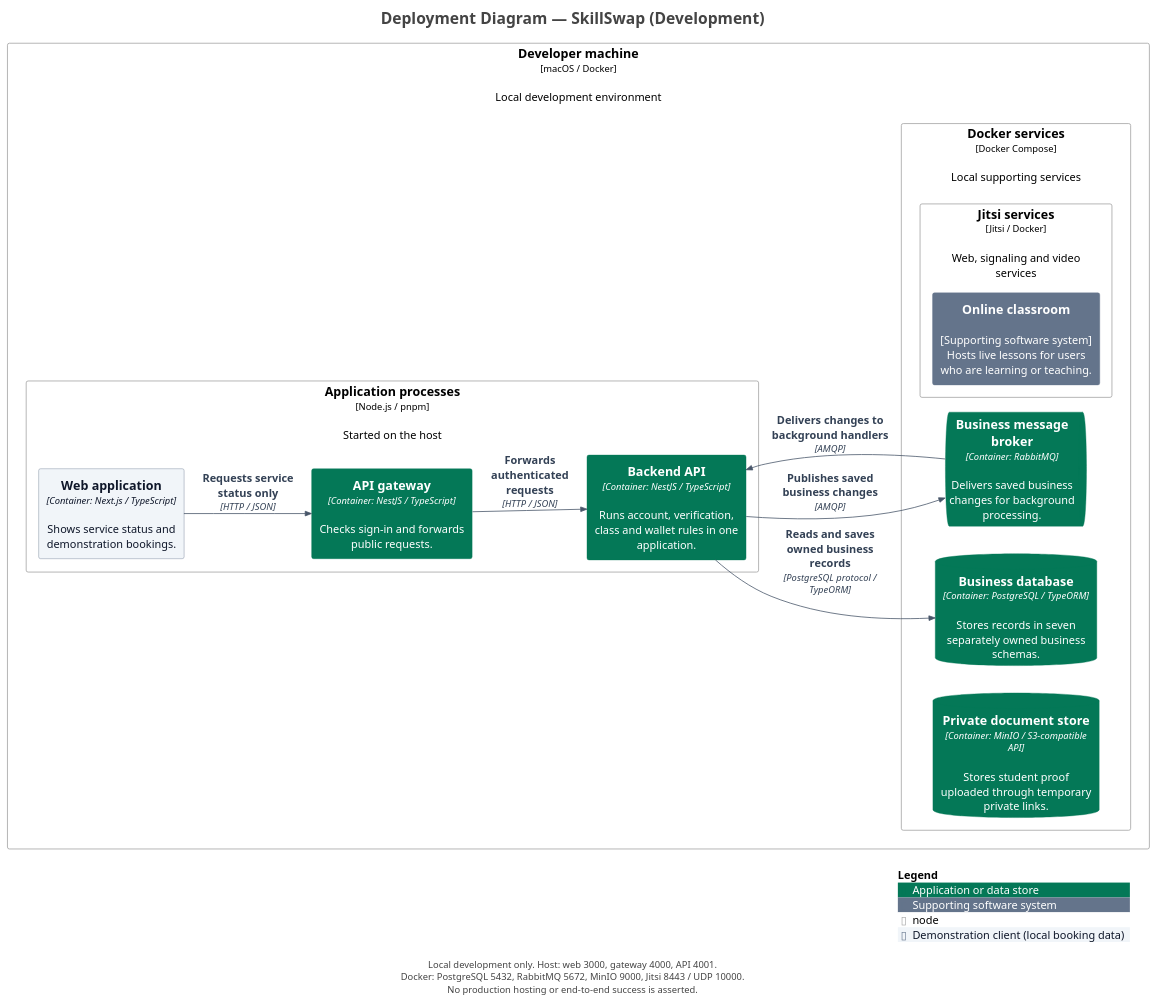
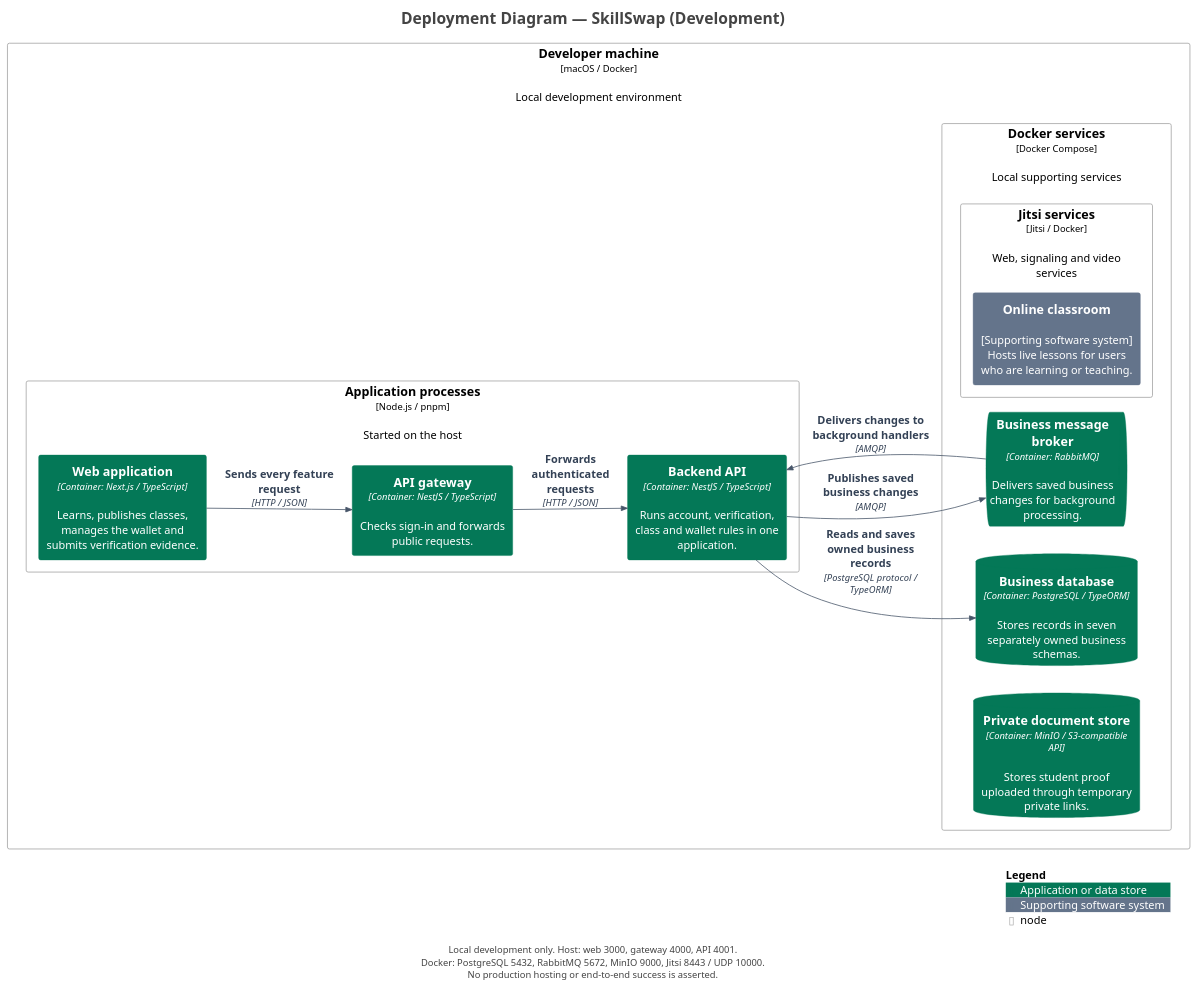
Before and after one commit to trankien022/SkillSwap: the diagram in docs/diagrams/c4/source/structurizr-Deployment.puml, drawn with PlantUML. The commit also changed 165 other files, not shown here.

First line of the commit message:
feat: midterm presentation readiness — fix both Expo Web blockers, close client parity gaps (#84)

```diff
--- a/docs/diagrams/c4/source/structurizr-Deployment.puml
+++ b/docs/diagrams/c4/source/structurizr-Deployment.puml
@@ -1,61 +1,60 @@
 @startuml
 title Deployment Diagram — SkillSwap (Development)
 
 set separator none
 left to right direction
 
 <style>
   root {
     BackgroundColor: #ffffff
     FontColor: #444444
   }
 </style>
 
 !include <C4/C4>
 !include <C4/C4_Context>
 !include <C4/C4_Container>
 !include <C4/C4_Deployment>
 
 ' Presentation only: model elements and relationships come from workspace.dsl.
 skinparam defaultFontName Arial
 skinparam defaultFontSize 14
 skinparam shadowing false
 skinparam nodesep 35
 skinparam ranksep 45
 skinparam footerFontSize 12
 skinparam titleFontSize 20
 UpdateElementStyle("person", $bgColor="#0F172A", $fontColor="#FFFFFF", $borderColor="#0F172A", $legendText="Person")
 UpdateElementStyle("system", $bgColor="#047857", $fontColor="#FFFFFF", $borderColor="#047857", $legendText="Software system in scope")
 UpdateElementStyle("external_system", $bgColor="#64748B", $fontColor="#FFFFFF", $borderColor="#64748B", $legendText="Supporting software system")
 UpdateElementStyle("container", $bgColor="#047857", $fontColor="#FFFFFF", $borderColor="#047857", $legendText="Application or data store")
 UpdateRelStyle($lineColor="#475569", $textColor="#334155")
-AddElementTag("Demo", $bgColor="#F1F5F9", $fontColor="#0F172A", $borderColor="#64748B", $legendText="Demonstration client (local booking data)")
 
 Deployment_Node(Development.Developermachine, "Developer machine", $type="macOS / Docker", $descr="Local development environment", $tags="", $link="") {
   Deployment_Node(Development.Developermachine.Applicationprocesses, "Application processes", $type="Node.js / pnpm", $descr="Started on the host", $tags="", $link="") {
-    Container(Development.Developermachine.Applicationprocesses.Webapplication_1, "Web application", $techn="Container: Next.js / TypeScript", $descr="Shows service status and demonstration bookings.", $tags="Demo", $link="")
+    Container(Development.Developermachine.Applicationprocesses.Webapplication_1, "Web application", $techn="Container: Next.js / TypeScript", $descr="Learns, publishes classes, manages the wallet and submits verification evidence.", $tags="", $link="")
     Container(Development.Developermachine.Applicationprocesses.APIgateway_1, "API gateway", $techn="Container: NestJS / TypeScript", $descr="Checks sign-in and forwards public requests.", $tags="", $link="")
     Container(Development.Developermachine.Applicationprocesses.BackendAPI_1, "Backend API", $techn="Container: NestJS / TypeScript", $descr="Runs account, verification, class and wallet rules in one application.", $tags="", $link="")
   }
 
   Deployment_Node(Development.Developermachine.Dockerservices, "Docker services", $type="Docker Compose", $descr="Local supporting services", $tags="", $link="") {
     ContainerDb(Development.Developermachine.Dockerservices.Businessdatabase_1, "Business database", $techn="Container: PostgreSQL / TypeORM", $descr="Stores records in seven separately owned business schemas.", $tags="", $link="")
     ContainerQueue(Development.Developermachine.Dockerservices.Businessmessagebroker_1, "Business message broker", $techn="Container: RabbitMQ", $descr="Delivers saved business changes for background processing.", $tags="", $link="")
     ContainerDb(Development.Developermachine.Dockerservices.Privatedocumentstore_1, "Private document store", $techn="Container: MinIO / S3-compatible API", $descr="Stores student proof uploaded through temporary private links.", $tags="", $link="")
     Deployment_Node(Development.Developermachine.Dockerservices.Jitsiservices, "Jitsi services", $type="Jitsi / Docker", $descr="Web, signaling and video services", $tags="", $link="") {
       System_Ext(Development.Developermachine.Dockerservices.Jitsiservices.Onlineclassroom_1, "Online classroom", $descr="[Supporting software system]\nHosts live lessons for users who are learning or teaching.", $tags="", $link="")
     }
 
   }
 
 }
 
-Rel(Development.Developermachine.Applicationprocesses.Webapplication_1, Development.Developermachine.Applicationprocesses.APIgateway_1, "Requests service status only", $techn="HTTP / JSON", $tags="", $link="")
+Rel(Development.Developermachine.Applicationprocesses.Webapplication_1, Development.Developermachine.Applicationprocesses.APIgateway_1, "Sends every feature request", $techn="HTTP / JSON", $tags="", $link="")
 Rel(Development.Developermachine.Applicationprocesses.APIgateway_1, Development.Developermachine.Applicationprocesses.BackendAPI_1, "Forwards authenticated requests", $techn="HTTP / JSON", $tags="", $link="")
 Rel(Development.Developermachine.Applicationprocesses.BackendAPI_1, Development.Developermachine.Dockerservices.Businessdatabase_1, "Reads and saves owned business records", $techn="PostgreSQL protocol / TypeORM", $tags="", $link="")
 Rel(Development.Developermachine.Dockerservices.Businessmessagebroker_1, Development.Developermachine.Applicationprocesses.BackendAPI_1, "Delivers changes to background handlers", $techn="AMQP", $tags="", $link="")
 Rel(Development.Developermachine.Applicationprocesses.BackendAPI_1, Development.Developermachine.Dockerservices.Businessmessagebroker_1, "Publishes saved business changes", $techn="AMQP", $tags="", $link="")
 
 SHOW_LEGEND()
 footer Local development only. Host: web 3000, gateway 4000, API 4001.\nDocker: PostgreSQL 5432, RabbitMQ 5672, MinIO 9000, Jitsi 8443 / UDP 10000.\nNo production hosting or end-to-end success is asserted.
 @enduml
```
